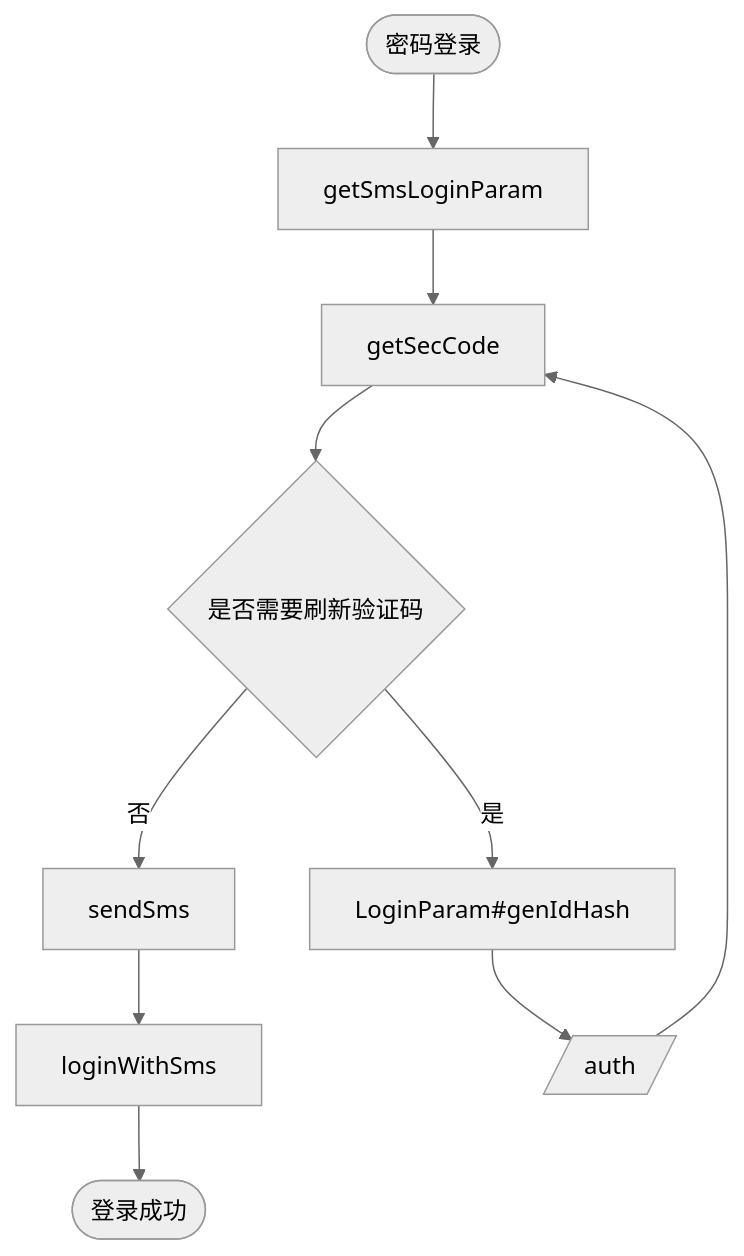
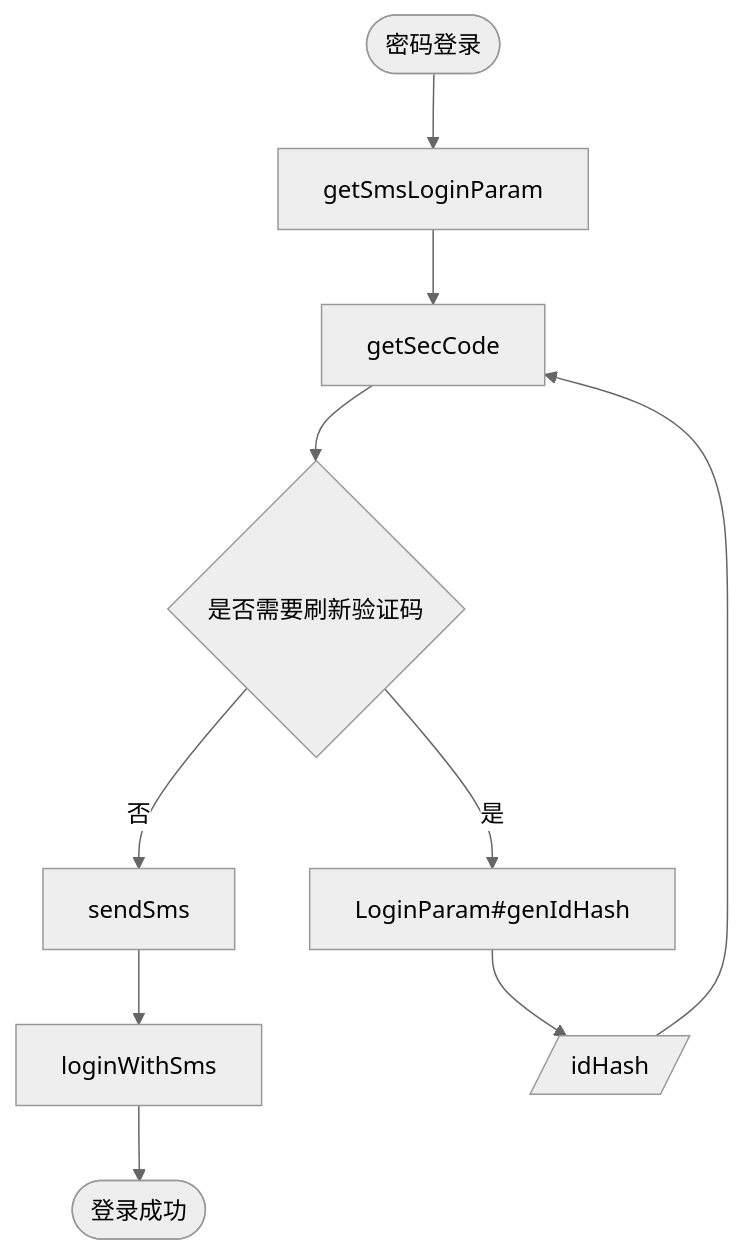
The second of 2 diagrams in README.md (keylol-flutter/keylol_api), drawn with Mermaid (neutral theme) before and after one commit.

Commit message:
Add login flowchart

````diff
--- a/README.md
+++ b/README.md
@@ -40,12 +40,12 @@
 ```mermaid
 graph TD;
 start([密码登录]) --> A;
 A[getSmsLoginParam] --> B;
 B[getSecCode] --> C;
 C{是否需要刷新验证码} --否--> D;
 C --是--> E;
 E[LoginParam#genIdHash] --> F;
-F[/auth/] --> B;
+F[/idHash/] --> B;
 D[sendSms] --> G;
 G[loginWithSms] --> finish([登录成功]);
 ```
````
